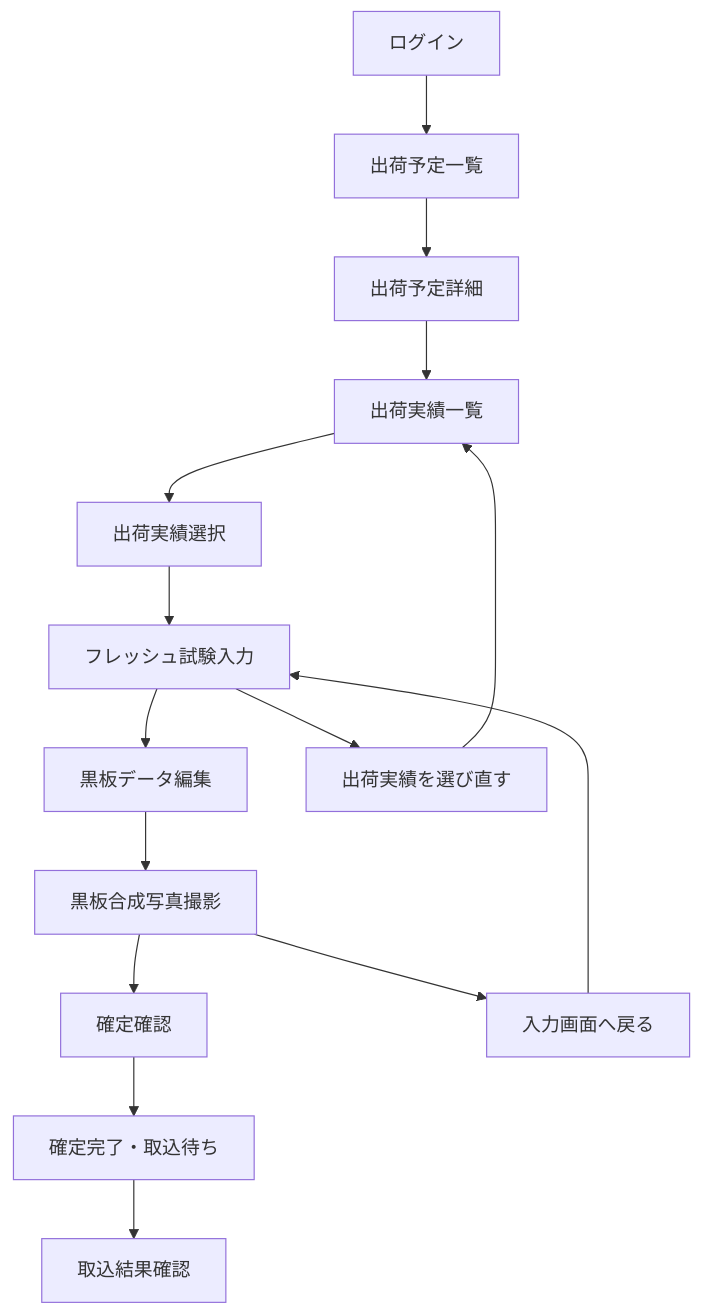
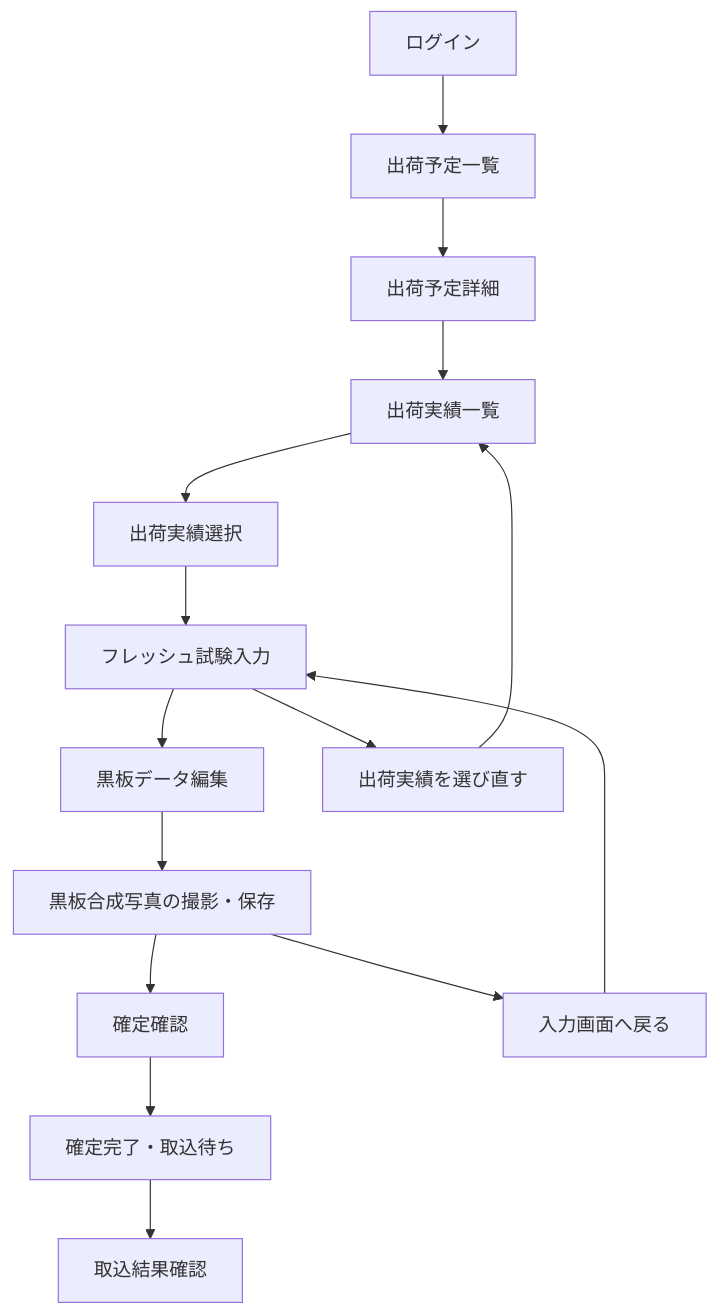
Before and after one commit to sakku0039/FieldTester: the fourth of 11 diagrams in docs/Labonity用現場試験アプリ_設計書_v1.0.md, drawn with Mermaid. The commit also changed other lines of this file, not shown here.

````diff
--- a/docs/Labonity用現場試験アプリ_設計書_v1.0.md
+++ b/docs/Labonity用現場試験アプリ_設計書_v1.0.md
@@ -246,18 +246,18 @@
 ```mermaid
 flowchart TD
-    A[ログイン] --> B[出荷予定一覧]
-    B --> C[出荷予定詳細]
-    C --> D[出荷実績一覧]
-    D --> E[出荷実績選択]
-    E --> F[フレッシュ試験入力]
-    F --> G[黒板データ編集]
-    G --> H[黒板合成写真撮影]
-    H --> I[確定確認]
-    I --> J[確定完了・取込待ち]
-    J --> K[取込結果確認]
+    A["ログイン"] --> B["出荷予定一覧"]
+    B --> C["出荷予定詳細"]
+    C --> D["出荷実績一覧"]
+    D --> E["出荷実績選択"]
+    E --> F["フレッシュ試験入力"]
+    F --> G["黒板データ編集"]
+    G --> H["黒板合成写真の撮影・保存"]
+    H --> I["確定確認"]
+    I --> J["確定完了・取込待ち"]
+    J --> K["取込結果確認"]
 
-    F --> D戻る[出荷実績を選び直す]
-    D戻る --> D
-    H --> F戻る[入力画面へ戻る]
-    F戻る --> F
+    F --> D_back["出荷実績を選び直す"]
+    D_back --> D
+    H --> F_back["入力画面へ戻る"]
+    F_back --> F
 ```
````
